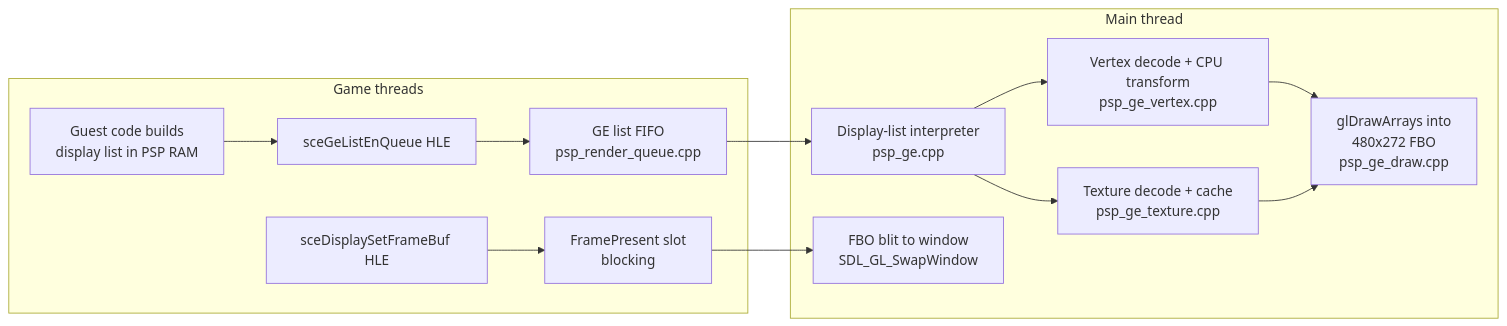
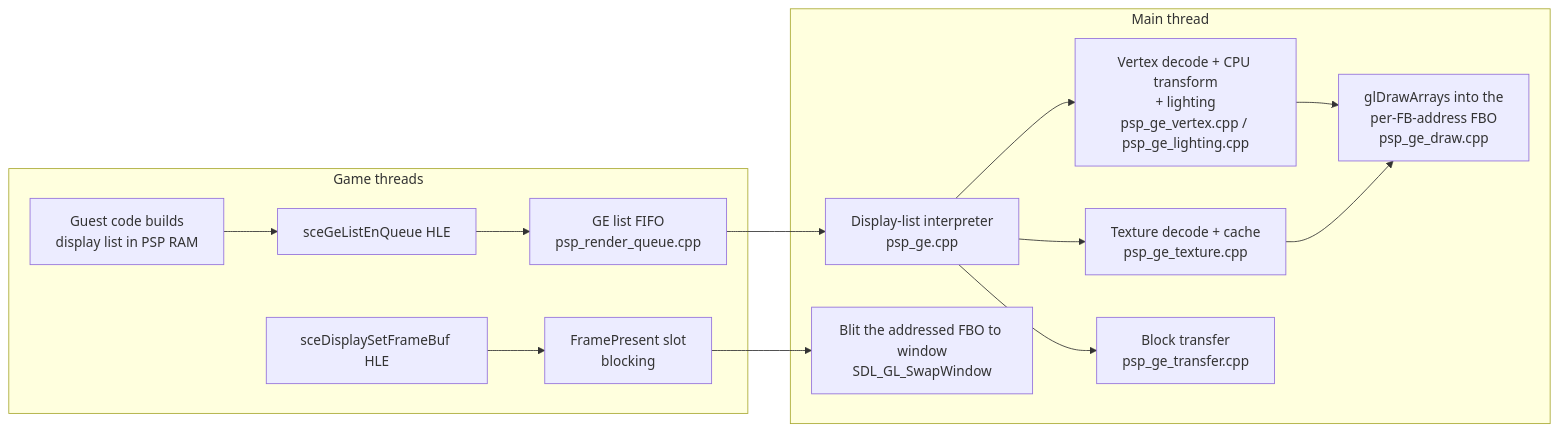
Before and after one commit to Montick1560/p3-recompiled-and-remastered: the diagram in docs/GRAPHICS.md, drawn with Mermaid. The commit also changed other lines of this file, not shown here.

Commit message:
docs(graphics): bring GRAPHICS.md in line with the GE code

````diff
--- a/docs/GRAPHICS.md
+++ b/docs/GRAPHICS.md
@@ -27,16 +30,17 @@
 ```mermaid
 flowchart LR
     subgraph Game threads
         G[Guest code builds<br/>display list in PSP RAM] --> E[sceGeListEnQueue HLE]
         E --> Q[GE list FIFO<br/>psp_render_queue.cpp]
         D[sceDisplaySetFrameBuf HLE] --> P[FramePresent slot<br/>blocking]
     end
     subgraph Main thread
         Q --> I[Display-list interpreter<br/>psp_ge.cpp]
-        I --> V[Vertex decode + CPU transform<br/>psp_ge_vertex.cpp]
+        I --> V[Vertex decode + CPU transform<br/>+ lighting<br/>psp_ge_vertex.cpp / psp_ge_lighting.cpp]
         I --> T[Texture decode + cache<br/>psp_ge_texture.cpp]
-        V --> GL[glDrawArrays into<br/>480x272 FBO<br/>psp_ge_draw.cpp]
+        I --> X[Block transfer<br/>psp_ge_transfer.cpp]
+        V --> GL[glDrawArrays into the<br/>per-FB-address FBO<br/>psp_ge_draw.cpp]
         T --> GL
-        P --> B[FBO blit to window<br/>SDL_GL_SwapWindow]
+        P --> B[Blit the addressed FBO to window<br/>SDL_GL_SwapWindow]
     end
 ```
````
